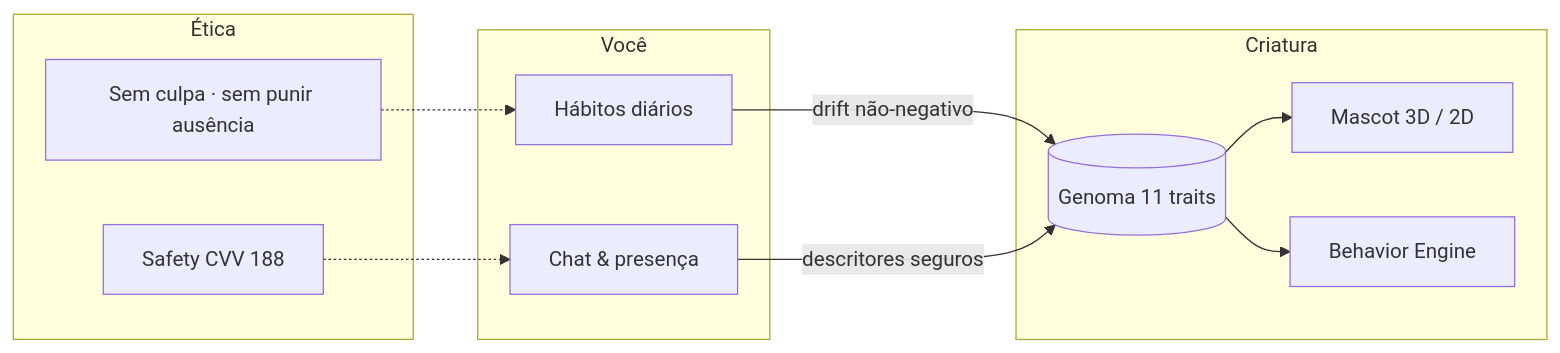
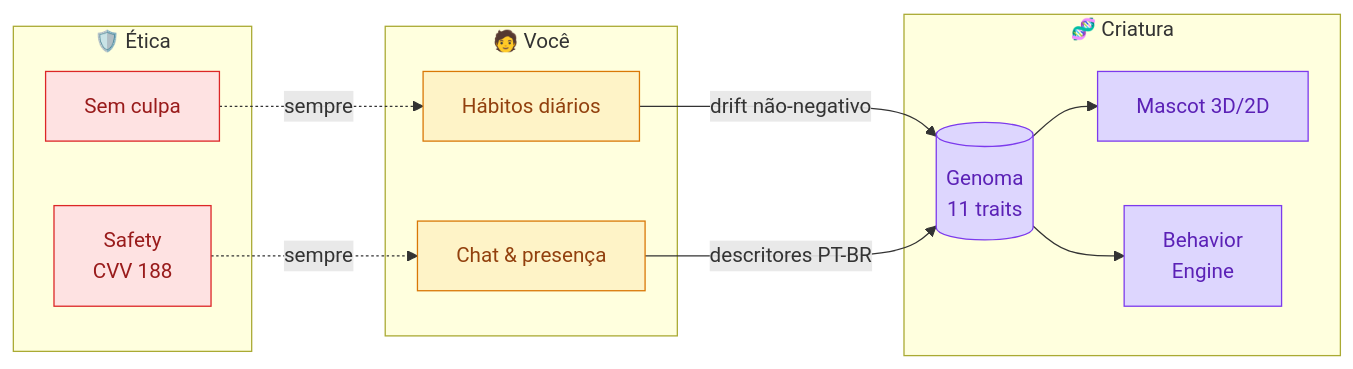
The first of 4 diagrams in README.md (felipemenezes25000-spec/mascote), drawn with Mermaid before and after one commit. The commit also changed other lines of this file, not shown here.

Commit message:
docs(readme): hero with logo, gallery, mermaid diagrams, star history

````diff
--- a/README.md
+++ b/README.md
@@ -69,22 +91,29 @@
 ```mermaid
 flowchart LR
-  subgraph Você
+  subgraph Você["🧑 Você"]
     H[Hábitos diários]
     C[Chat & presença]
   end
-  subgraph Criatura
-    G[(Genoma 11 traits)]
-    V[Mascot 3D / 2D]
-    B[Behavior Engine]
+  subgraph Criatura["🧬 Criatura"]
+    G[(Genoma<br/>11 traits)]
+    V[Mascot 3D/2D]
+    B[Behavior<br/>Engine]
   end
-  subgraph Ética
-    S[Safety CVV 188]
-    P[Sem culpa · sem punir ausência]
+  subgraph Ética["🛡️ Ética"]
+    S[Safety<br/>CVV 188]
+    P[Sem culpa]
   end
   H -->|drift não-negativo| G
   G --> V
   G --> B
-  C -->|descritores seguros| G
-  S -.-> C
-  P -.-> H
+  C -->|descritores PT-BR| G
+  S -.->|sempre| C
+  P -.->|sempre| H
+
+  classDef voce fill:#FEF3C7,stroke:#D97706,color:#92400E
+  classDef criatura fill:#DDD6FE,stroke:#7C3AED,color:#5B21B6
+  classDef etica fill:#FEE2E2,stroke:#DC2626,color:#991B1B
+  class H,C voce
+  class G,V,B criatura
+  class S,P etica
 ```
````
